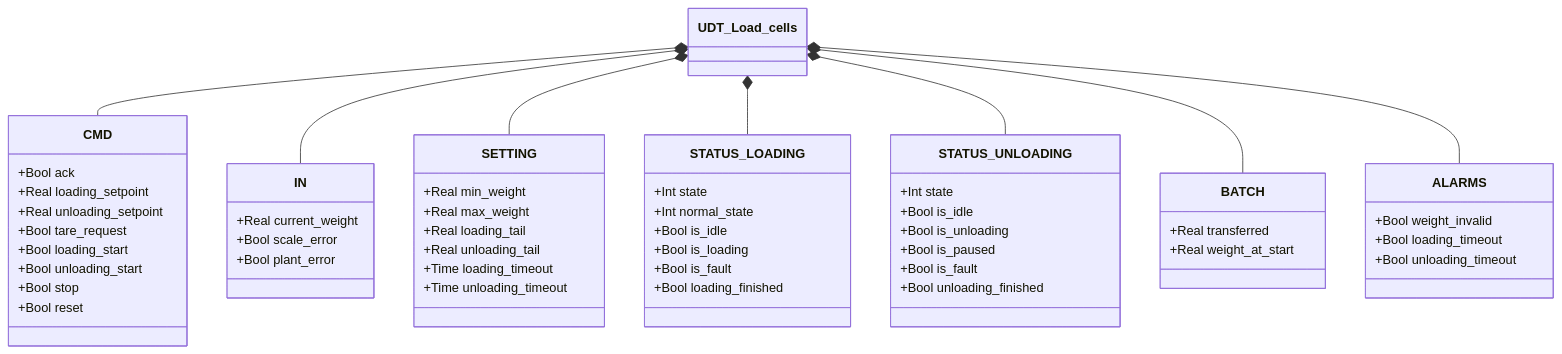
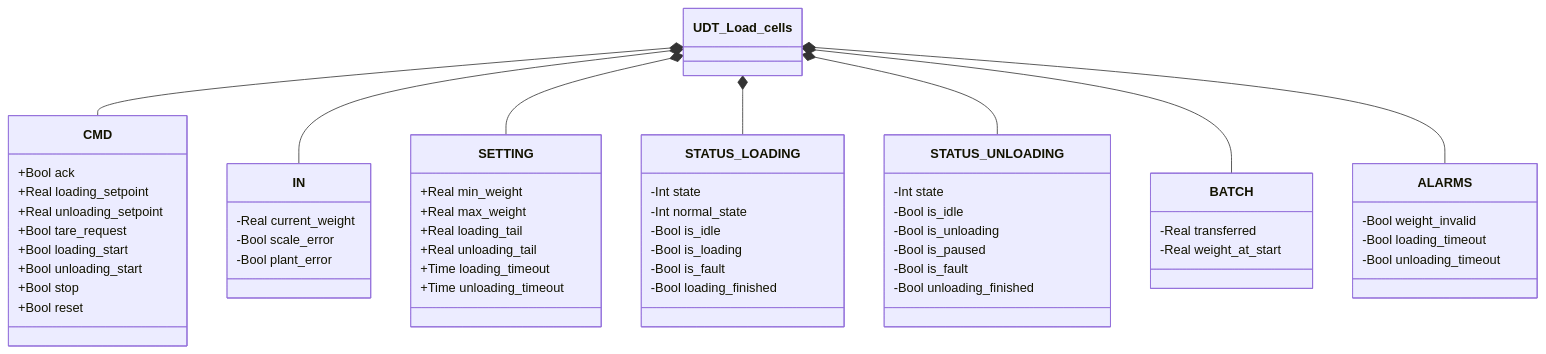
Before and after one commit to AleFire99/TIA_knowledge: the first of 3 diagrams in docs/it/library/load-cells/loading-unloading/index.md, drawn with Mermaid. The commit also changed other lines of this file and 14 other files, not shown here.

````diff
--- a/docs/it/library/load-cells/loading-unloading/index.md
+++ b/docs/it/library/load-cells/loading-unloading/index.md
@@ -135,59 +13,59 @@
 ```mermaid
 classDiagram
     class UDT_Load_cells
     class CMD {
         +Bool ack
         +Real loading_setpoint
         +Real unloading_setpoint
         +Bool tare_request
         +Bool loading_start
         +Bool unloading_start
         +Bool stop
         +Bool reset
     }
     class IN {
-        +Real current_weight
-        +Bool scale_error
-        +Bool plant_error
+        -Real current_weight
+        -Bool scale_error
+        -Bool plant_error
     }
     class SETTING {
         +Real min_weight
         +Real max_weight
         +Real loading_tail
         +Real unloading_tail
         +Time loading_timeout
         +Time unloading_timeout
     }
     class STATUS_LOADING {
-        +Int state
-        +Int normal_state
-        +Bool is_idle
-        +Bool is_loading
-        +Bool is_fault
-        +Bool loading_finished
+        -Int state
+        -Int normal_state
+        -Bool is_idle
+        -Bool is_loading
+        -Bool is_fault
+        -Bool loading_finished
     }
     class STATUS_UNLOADING {
-        +Int state
-        +Bool is_idle
-        +Bool is_unloading
-        +Bool is_paused
-        +Bool is_fault
-        +Bool unloading_finished
+        -Int state
+        -Bool is_idle
+        -Bool is_unloading
+        -Bool is_paused
+        -Bool is_fault
+        -Bool unloading_finished
     }
     class BATCH {
-        +Real transferred
-        +Real weight_at_start
+        -Real transferred
+        -Real weight_at_start
     }
     class ALARMS {
-        +Bool weight_invalid
-        +Bool loading_timeout
-        +Bool unloading_timeout
+        -Bool weight_invalid
+        -Bool loading_timeout
+        -Bool unloading_timeout
     }
     UDT_Load_cells *-- CMD
     UDT_Load_cells *-- IN
     UDT_Load_cells *-- SETTING
     UDT_Load_cells *-- STATUS_LOADING
     UDT_Load_cells *-- STATUS_UNLOADING
     UDT_Load_cells *-- BATCH
     UDT_Load_cells *-- ALARMS
 ```
````
